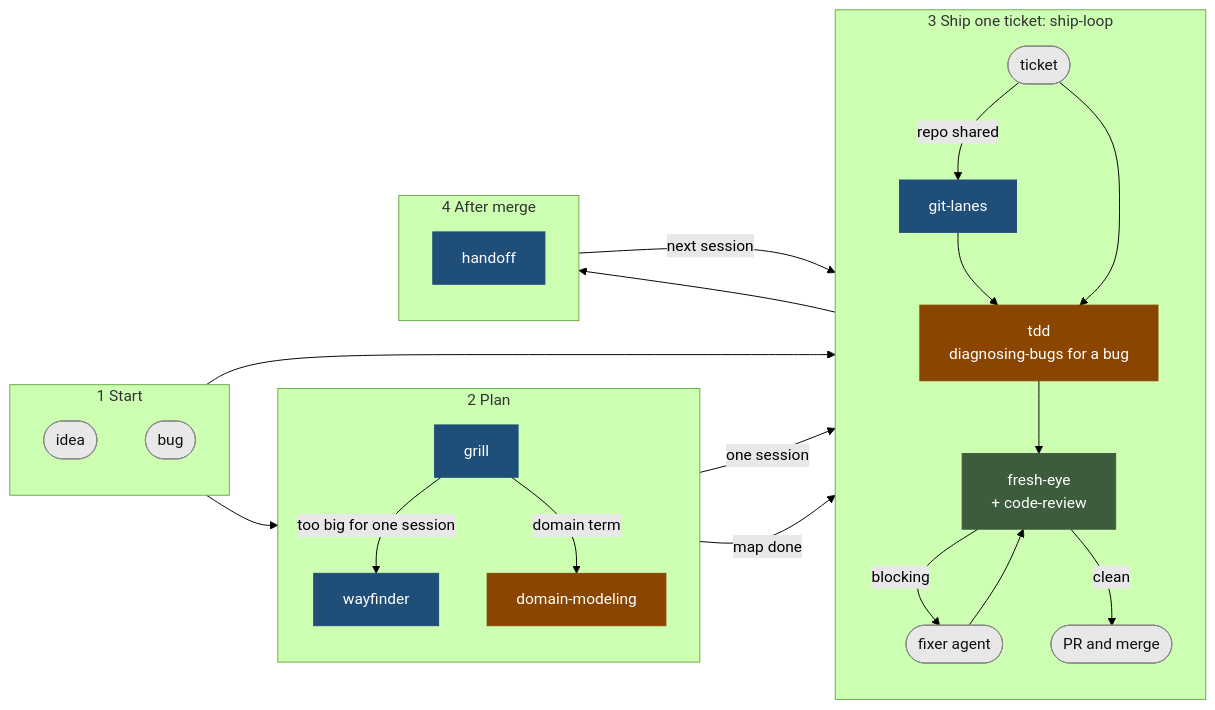
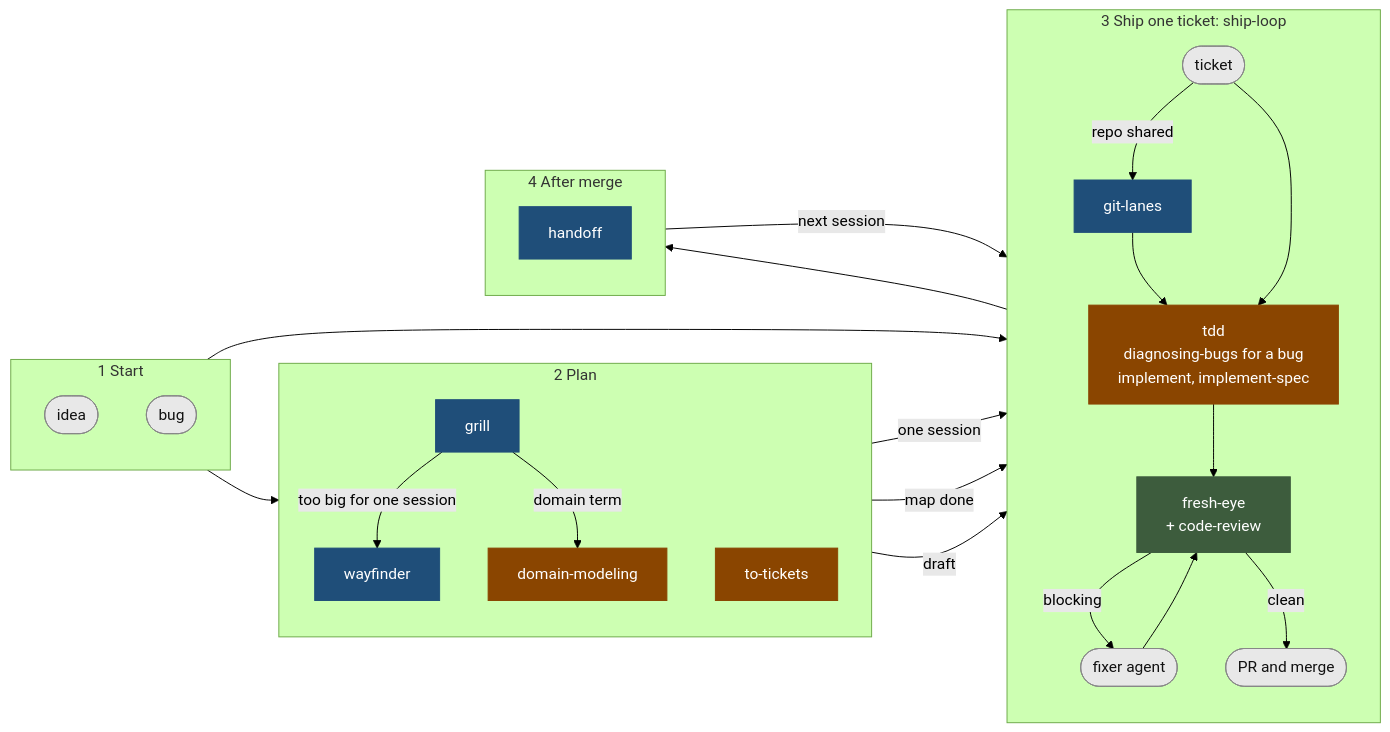
The diagram in README.md (emmanuelwunjc/yw-workflow), drawn with Mermaid (forest theme) before and after one commit. The commit also changed other lines of this file and 3 other files, not shown here.

First line of the commit message:
docs(ship-loop): rules for mattpocock's implement, implement-spec, to-tickets and retro (#43) (#182)

````diff
--- a/README.md
+++ b/README.md
@@ -40,44 +40,46 @@
 ```mermaid
 flowchart LR
     subgraph S1 [1 Start]
         direction TB
         idea([idea]):::start
         bug([bug]):::start
     end
     subgraph S2 [2 Plan]
         direction TB
         grill[grill]:::yw
         way[wayfinder]:::yw
         dm[domain-modeling]:::matt
+        tt[to-tickets]:::matt
     end
     subgraph S3 [3 Ship one ticket: ship-loop]
         direction TB
         ticket([ticket]):::start
         lanes[git-lanes]:::yw
-        build[tdd<br/>diagnosing-bugs for a bug]:::matt
+        build[tdd<br/>diagnosing-bugs for a bug<br/>implement, implement-spec]:::matt
         review[fresh-eye<br/>+ code-review]:::both
         fixer([fixer agent]):::start
         merge([PR and merge]):::start
         ticket -->|repo shared| lanes --> build --> review
         ticket --> build
         review -->|blocking| fixer --> review
         review -->|clean| merge
     end
     subgraph S4 [4 After merge]
         direction TB
         handoff[handoff]:::yw
     end
     idea --> grill
     grill -->|too big for one session| way
     grill -->|domain term| dm
     grill -->|one session| ticket
     way -->|map done| ticket
+    tt -->|draft| ticket
     bug --> ticket
     merge --> handoff
     handoff -->|next session| lanes
 
     classDef yw fill:#1f4e79,stroke:#1f4e79,color:#ffffff
     classDef matt fill:#8a4500,stroke:#8a4500,color:#ffffff
     classDef both fill:#3d5c3d,stroke:#3d5c3d,color:#ffffff
     classDef start fill:#e8e8e8,stroke:#888888,color:#111111
 ```
````
